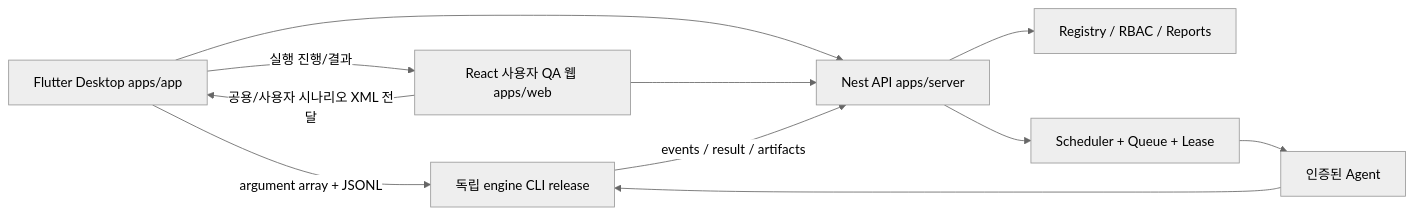
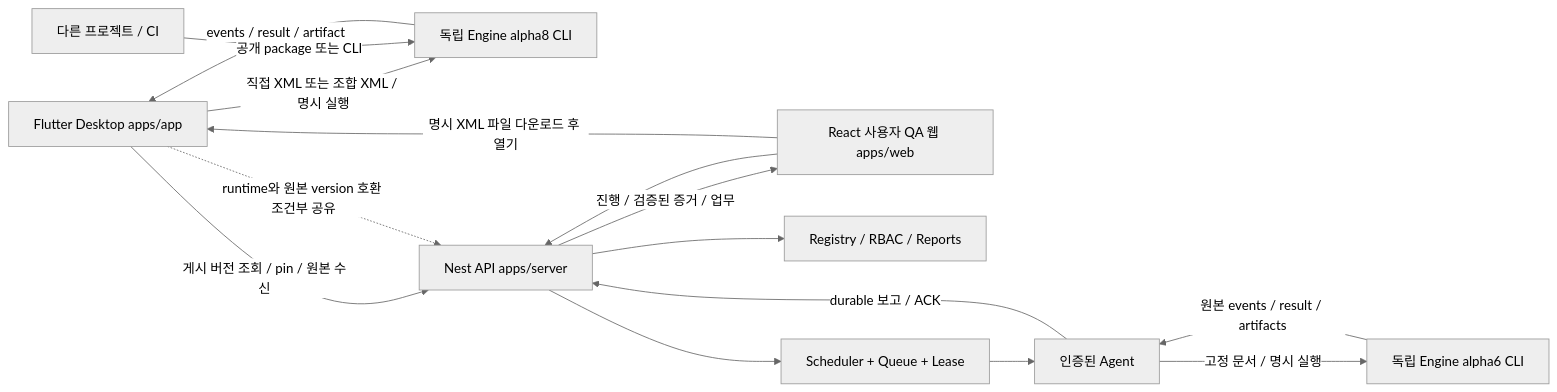
Before and after one commit to doomin03/automated-qa-checker: the diagram in docs/architecture/system-design.md, drawn with Mermaid (neutral theme). The commit also changed other lines of this file and 1041 other files, not shown here.

````diff
--- a/docs/architecture/system-design.md
+++ b/docs/architecture/system-design.md
@@ -7,13 +9,17 @@
 ```mermaid
 flowchart LR
-  D[Flutter Desktop apps/app] -->|argument array + JSONL| E[독립 engine CLI release]
-  D --> B[Nest API apps/server]
+  D[Flutter Desktop apps/app] -->|직접 XML 또는 조합 XML / 명시 실행| E8[독립 Engine alpha8 CLI]
+  E8 -->|events / result / artifact| D
+  D -->|게시 버전 조회 / pin / 원본 수신| B[Nest API apps/server]
   W[React 사용자 QA 웹 apps/web] --> B
-  W -->|공용/사용자 시나리오 XML 전달| D
-  D -->|실행 진행/결과| W
+  W -->|명시 XML 파일 다운로드 후 열기| D
+  D -.->|runtime와 원본 version 호환 조건부 공유| B
+  B -->|진행 / 검증된 증거 / 업무| W
   B --> R[Registry / RBAC / Reports]
   B --> S[Scheduler + Queue + Lease]
   S --> A[인증된 Agent]
-  A --> E
-  E -->|events / result / artifacts| B
+  A -->|고정 문서 / 명시 실행| E6[독립 Engine alpha6 CLI]
+  E6 -->|원본 events / result / artifacts| A
+  A -->|durable 보고 / ACK| B
+  X[다른 프로젝트 / CI] -->|공개 package 또는 CLI| E8
 ```
````
